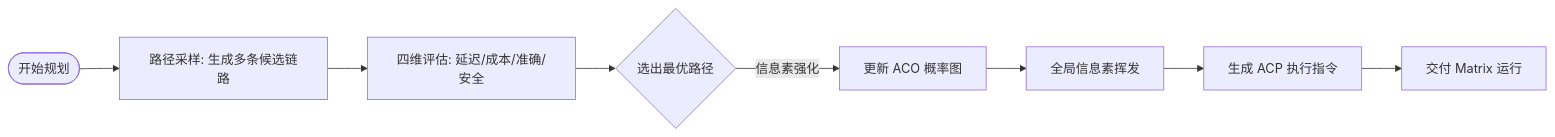
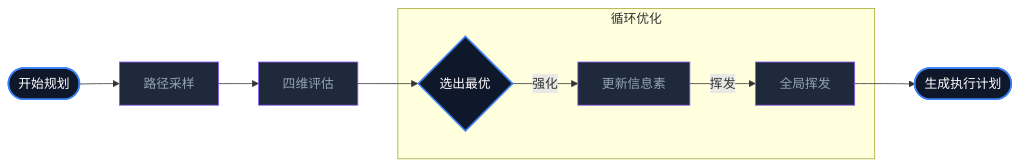
Before and after one commit to QQDDTT/Dark-Lattice: the diagram in content/posts/aura-project/aura-ant-colony-planning/index.md, drawn with Mermaid. The commit also changed 29 other files, not shown here.

Commit message:
feat: add Mermaid diagram rendering and featured image support to blog cards with updated UI styles

````diff
--- a/content/posts/aura-project/aura-ant-colony-planning/index.md
+++ b/content/posts/aura-project/aura-ant-colony-planning/index.md
@@ -42,10 +42,19 @@
 ```mermaid
 graph LR
-    Start([开始规划]) --> Sample[路径采样: 生成多条候选链路]
-    Sample --> Scoring[四维评估: 延迟/成本/准确/安全]
-    Scoring --> Best{选出最优路径}
-    Best -->|信息素强化| Pheromone[更新 ACO 概率图]
-    Pheromone --> Evaporate[全局信息素挥发]
-    Evaporate --> ACP[生成 ACP 执行指令]
-    ACP --> Matrix[交付 Matrix 运行]
+    classDef main fill:#0F172A,stroke:#3B82F6,stroke-width:2px,color:#fff;
+    classDef process fill:#1E293B,stroke:#8B5CF6,stroke-width:1px,color:#94A3B8;
+
+    Start([开始规划]) --> Sample[路径采样]
+    Sample --> Scoring[四维评估]
+    Scoring --> Best{选出最优}
+    
+    subgraph Update [循环优化]
+        Best -- 强化 --> Pheromone[更新信息素]
+        Pheromone -- 挥发 --> Evaporate[全局挥发]
+    end
+
+    Evaporate --> ACP([生成执行计划])
+
+    class Start,Best,ACP main;
+    class Sample,Scoring,Pheromone,Evaporate process;
 ```
````
